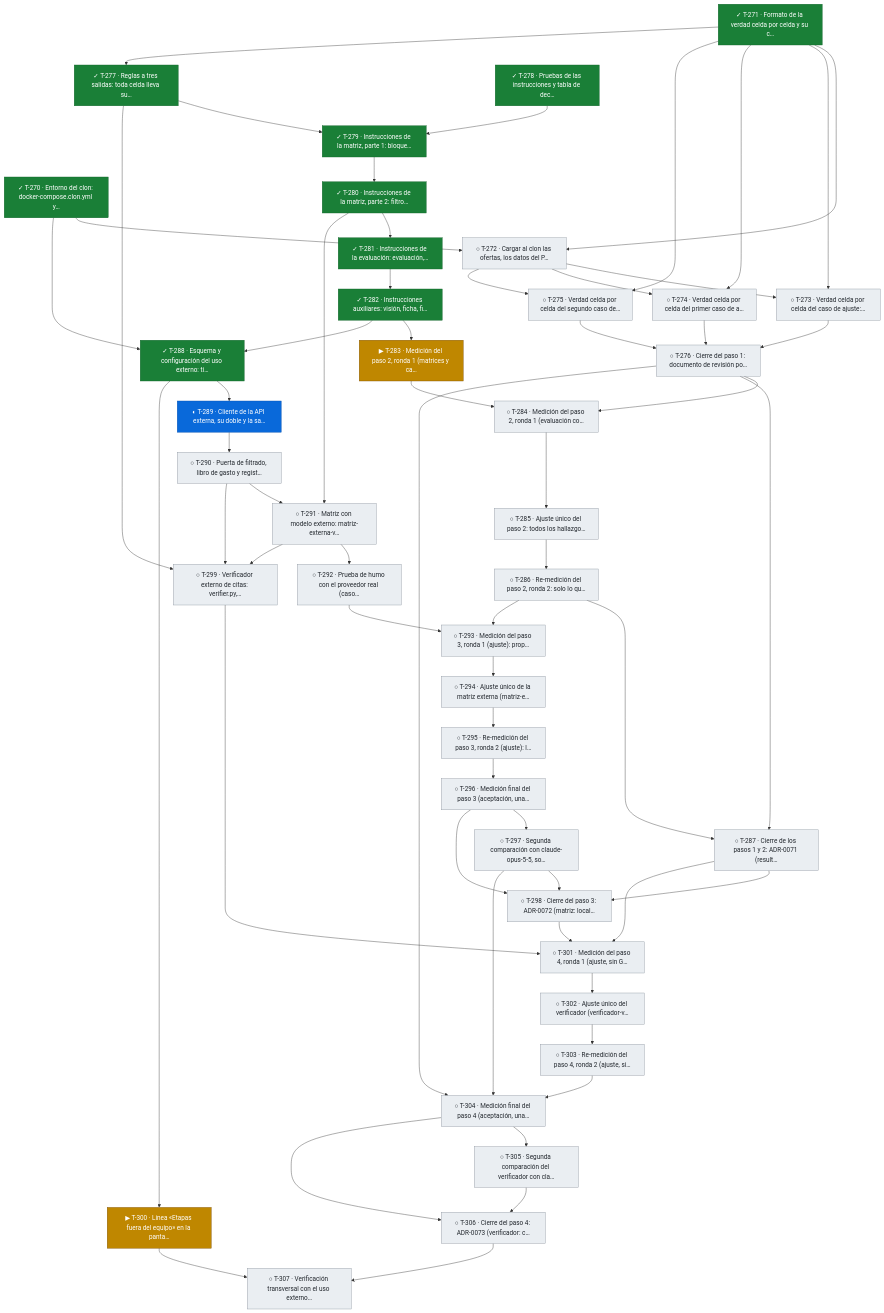
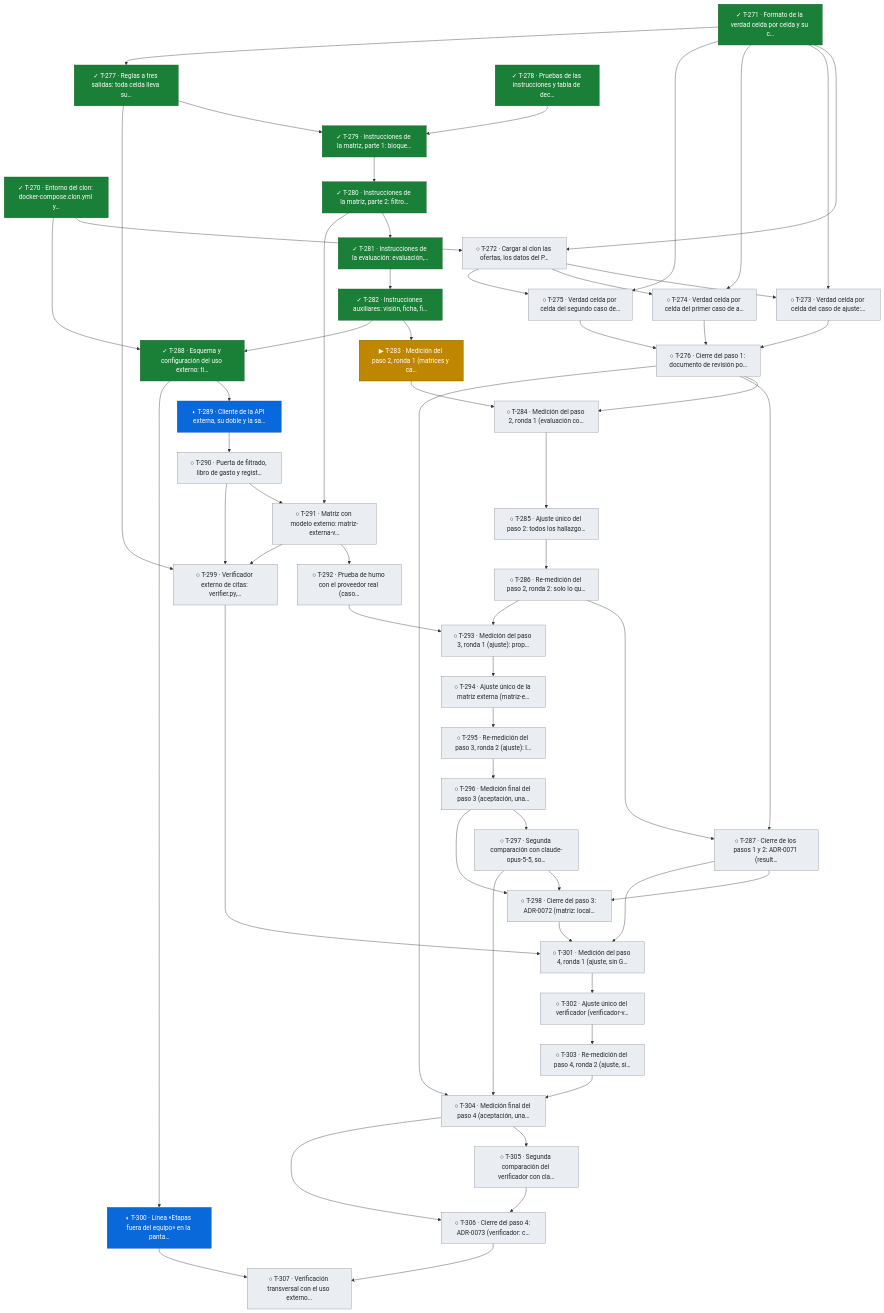
One commit to snavello/EVALUON changed diagram 21 of 21 in docs/tablero.md. Above: the diagram before and after it, drawn with Mermaid. The commit also changed other lines of this file and 1 other file, not shown here.

Commit message:
gestión: T-300 en verificación (integrada en 016-integracion, falta la lectura de la pantalla); contrato de la clave externo en la lista de revisión

```diff
--- a/docs/tablero.md
+++ b/docs/tablero.md
@@ -1601,7 +1601,7 @@
   T297["○ T-297 · Segunda comparación con claude-opus-5-5, so…"]:::todo
   T298["○ T-298 · Cierre del paso 3: ADR-0072 (matriz: local…"]:::todo
   T299["○ T-299 · Verificador externo de citas: verifier.py,…"]:::todo
-  T300["▶ T-300 · Línea «Etapas fuera del equipo» en la panta…"]:::active
+  T300["◐ T-300 · Línea «Etapas fuera del equipo» en la panta…"]:::review
   T301["○ T-301 · Medición del paso 4, ronda 1 (ajuste, sin G…"]:::todo
   T302["○ T-302 · Ajuste único del verificador (verificador-v…"]:::todo
   T303["○ T-303 · Re-medición del paso 4, ronda 2 (ajuste, si…"]:::todo
```
